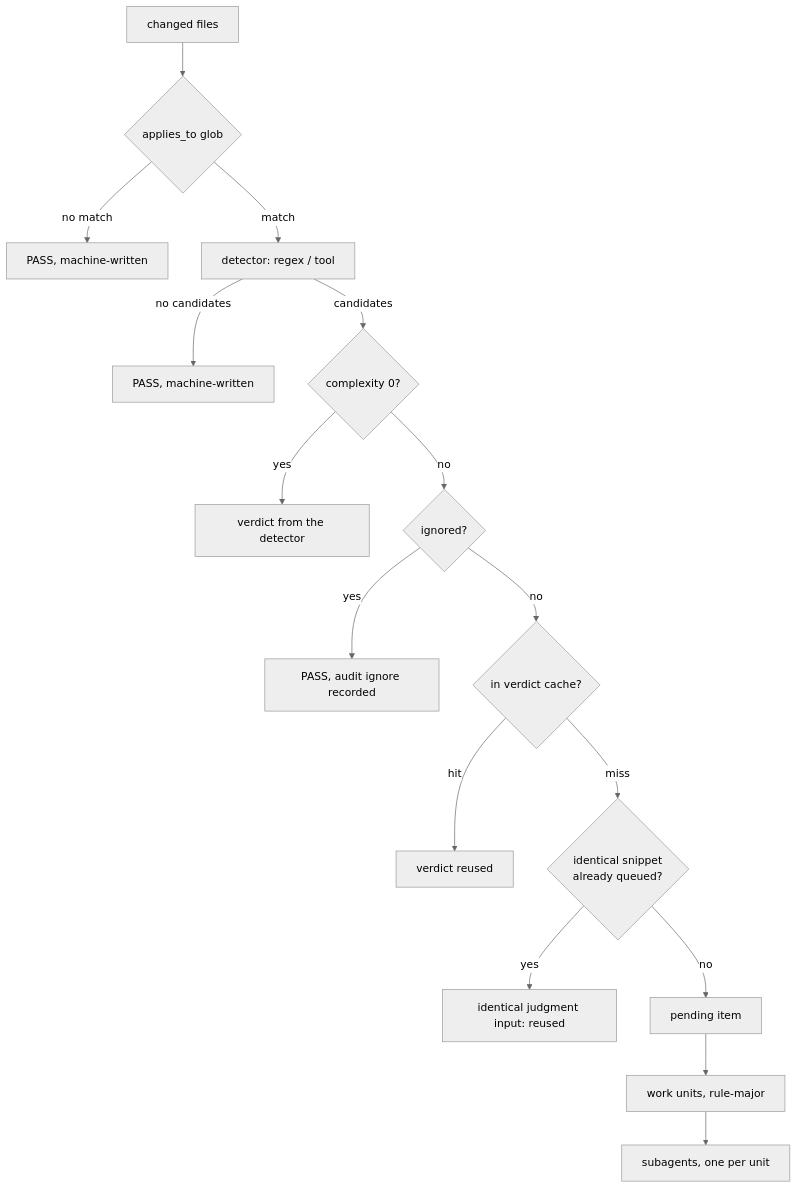
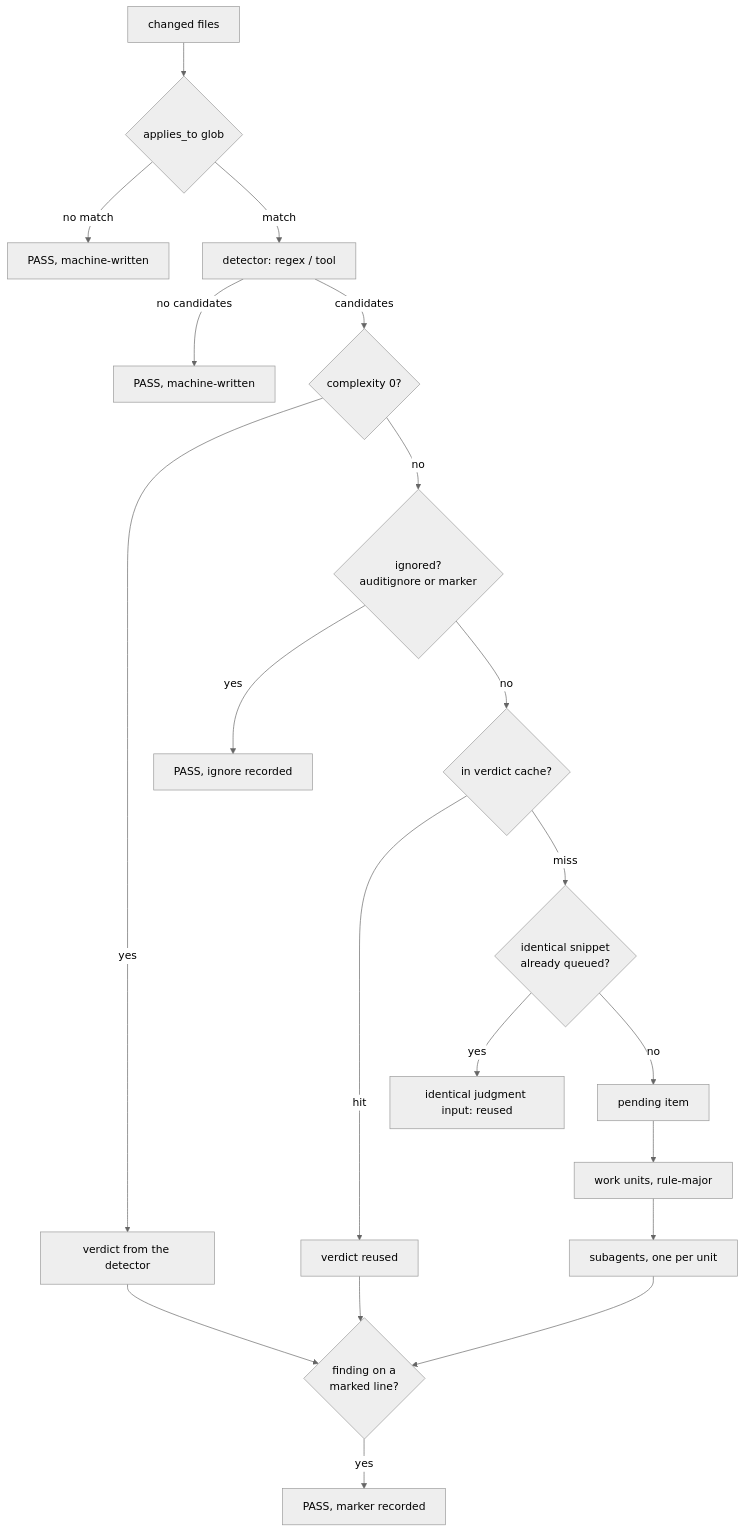
Before and after one commit to telekom/controlplane: the first of 2 diagrams in .agents/ARCHITECTURE.md, drawn with Mermaid (neutral theme). The commit also changed other lines of this file and 17 other files, not shown here.

````diff
--- a/.agents/ARCHITECTURE.md
+++ b/.agents/ARCHITECTURE.md
@@ -37,18 +37,20 @@
 ```mermaid
 flowchart TD
     A[changed files] --> B{applies_to glob}
     B -->|no match| P1[PASS, machine-written]
     B -->|match| C[detector: regex / tool]
     C -->|no candidates| P2[PASS, machine-written]
     C -->|candidates| D{complexity 0?}
     D -->|yes| V1[verdict from the detector]
-    D -->|no| E{ignored?}
-    E -->|yes| P3[PASS, audit ignore recorded]
+    D -->|no| E{ignored?<br/>auditignore or marker}
+    E -->|yes| P3[PASS, ignore recorded]
     E -->|no| F{in verdict cache?}
     F -->|hit| V2[verdict reused]
     F -->|miss| G{identical snippet<br/>already queued?}
     G -->|yes| V3[identical judgment input: reused]
     G -->|no| H[pending item]
     H --> I[work units, rule-major]
     I --> J[subagents, one per unit]
+    V1 & V2 & J --> K{finding on a<br/>marked line?}
+    K -->|yes| P4[PASS, marker recorded]
 ```
````
